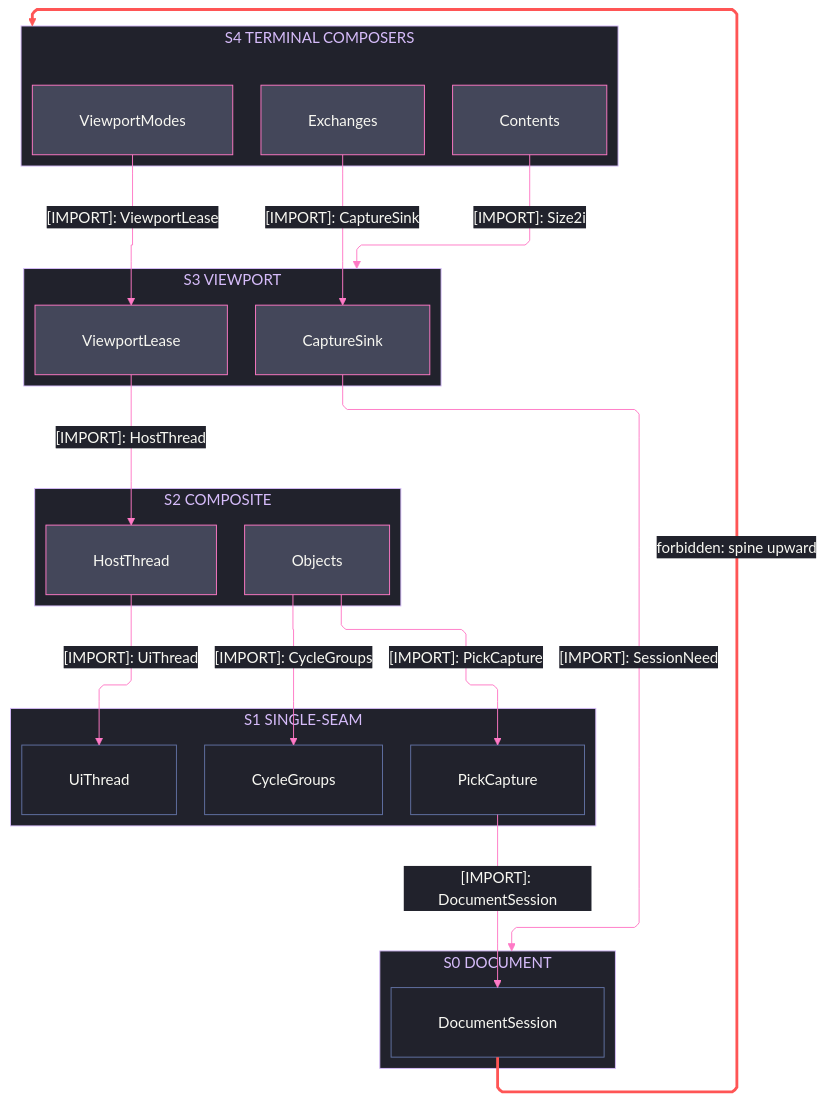
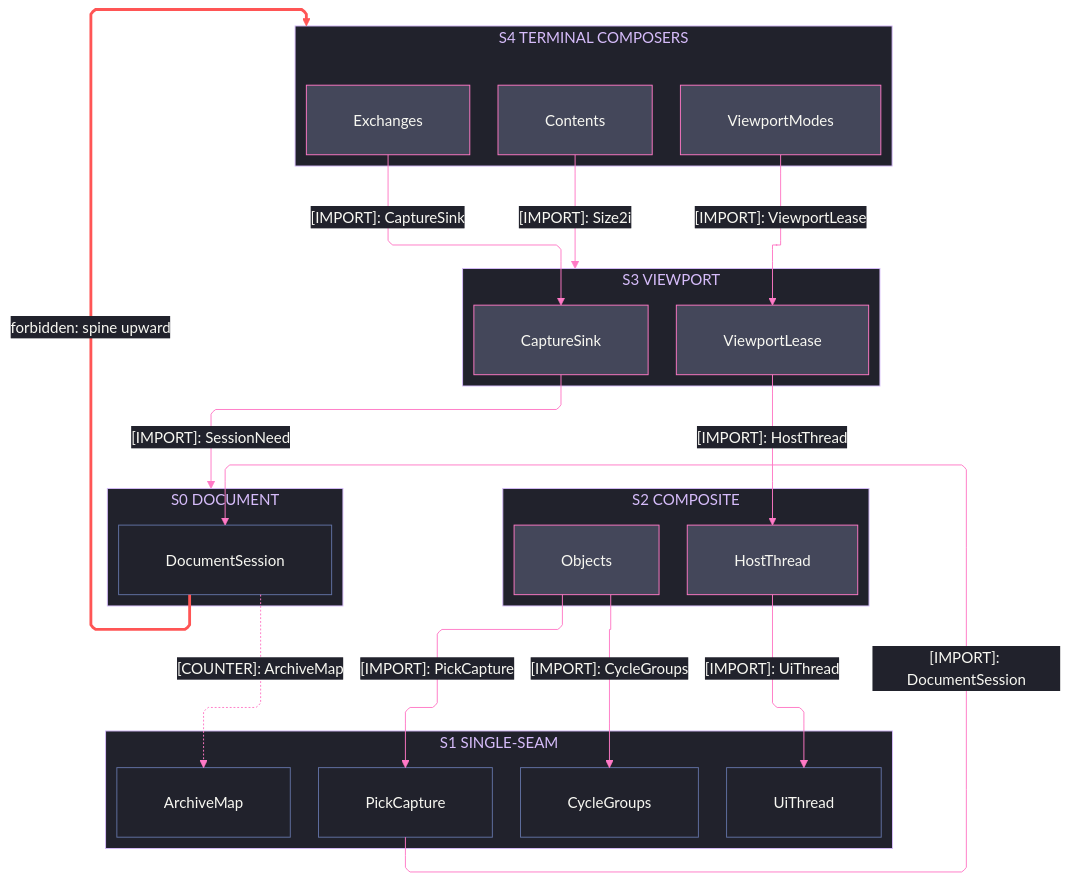
Before and after one commit to bsamiee/Rasm: the first of 3 diagrams in libs/csharp/Rasm.Rhino/ARCHITECTURE.md, drawn with Mermaid. The commit also changed 9 other files, not shown here.

Commit message:
architecture: CR finding fixes

````diff
--- a/libs/csharp/Rasm.Rhino/ARCHITECTURE.md
+++ b/libs/csharp/Rasm.Rhino/ARCHITECTURE.md
@@ -101,70 +101,72 @@
 ```mermaid
 ---
 config:
   theme: base
   look: classic
   layout: elk
   flowchart:
     curve: linear
     padding: 25
   themeVariables:
     darkMode: true
     fontFamily: "SF Mono, Menlo, Cascadia Mono, Segoe UI Mono, Consolas, monospace"
     useGradient: false
     dropShadow: "none"
     background: "#282A36"
     primaryColor: "#44475A"
     primaryTextColor: "#F8F8F2"
     primaryBorderColor: "#BD93F9"
     lineColor: "#FF79C6"
     textColor: "#F8F8F2"
     clusterBkg: "#21222C"
     clusterBorder: "#D6BCFA"
     edgeLabelBackground: "#21222C"
     labelBackgroundColor: "#21222C"
     titleColor: "#D6BCFA"
   themeCSS: ".nodeLabel{font-size:13px;font-weight:500}.edgeLabel{font-size:12px;font-weight:500}.cluster-label .nodeLabel{font-size:13.5px;font-weight:700;letter-spacing:.08em}.edge-thickness-normal{stroke-width:2px}.edge-thickness-thick{stroke-width:3px}.edge-pattern-dashed,.edge-pattern-dotted{stroke-width:1.5px;stroke-dasharray:4 6}.node rect,.node circle,.node polygon,.node path,.node .outer-path{stroke-width:1.5px;filter:none!important}.cluster rect{stroke-width:1px!important;stroke-dasharray:5 4!important;filter:none!important}.marker path{transform:scale(.8);transform-origin:5px 5px}.marker circle{transform:scale(.48);transform-origin:5px 5px}.edgeLabel rect{transform-box:fill-box;transform-origin:center;transform:scale(1.1,1.2)}"
 ---
 flowchart TB
     accTitle: Rasm.Rhino interior strata
-    accDescr: Five stacked strata from the terminal display, exchange, and render composers through the viewport rail and the composite object and host-UI domains onto the single-seam domains and the document spine, every consumption edge downward and solid naming one sourced type, and one forbidden upward edge styled red.
+    accDescr: Five stacked strata from the terminal display, exchange, and render composers through the viewport rail and the composite object and host-UI domains onto the single-seam domains and the document spine, every consumption edge downward and solid naming one sourced type, one dashed ruled counter-edge carrying the ArchiveMap open-options payload upward from the document spine to Persistence, and one forbidden upward edge styled red.
     subgraph L4["S4 TERMINAL COMPOSERS"]
         Modes[ViewportModes]
         Exchanges[Exchanges]
         Contents[Contents]
     end
     subgraph L3["S3 VIEWPORT"]
         Lease[ViewportLease]
         Capture[CaptureSink]
     end
     subgraph L2["S2 COMPOSITE"]
         Objects[Objects]
         HostThread[HostThread]
     end
     subgraph L1["S1 SINGLE-SEAM"]
         Picks[PickCapture]
         Blocks[CycleGroups]
         Eto[UiThread]
+        Archive[ArchiveMap]
     end
     subgraph L0["S0 DOCUMENT"]
         Session[DocumentSession]
     end
     Modes e1@-->|"[IMPORT]: ViewportLease"| Lease
     Exchanges e2@-->|"[IMPORT]: CaptureSink"| Capture
     Contents e3@-->|"[IMPORT]: Size2i"| L3
     Lease e4@-->|"[IMPORT]: HostThread"| HostThread
     Capture e5@-->|"[IMPORT]: SessionNeed"| L0
     Objects e6@-->|"[IMPORT]: PickCapture"| Picks
     Objects e7@-->|"[IMPORT]: CycleGroups"| Blocks
     HostThread e8@-->|"[IMPORT]: UiThread"| Eto
     Picks e9@-->|"[IMPORT]: DocumentSession"| Session
+    Session e10@-.->|"[COUNTER]: ArchiveMap"| Archive
     Session f1@-->|"forbidden: spine upward"| L4
     classDef primary fill:#44475A,stroke:#FF79C6,color:#F8F8F2
     classDef recessed fill:#21222C,stroke:#6272A4,color:#F8F8F2
     classDef edgeControl stroke:#FF79C6,color:#F8F8F2
     classDef edgeError stroke:#FF5555,stroke-width:3px,color:#F8F8F2
     class Modes,Exchanges,Contents,Lease,Capture,Objects,HostThread primary
-    class Picks,Blocks,Eto,Session recessed
-    class e1,e2,e3,e4,e5,e6,e7,e8,e9 edgeControl
+    class Picks,Blocks,Eto,Archive,Session recessed
+    class e1,e2,e3,e4,e5,e6,e7,e8,e9,e10 edgeControl
     class f1 edgeError
 ```
````
